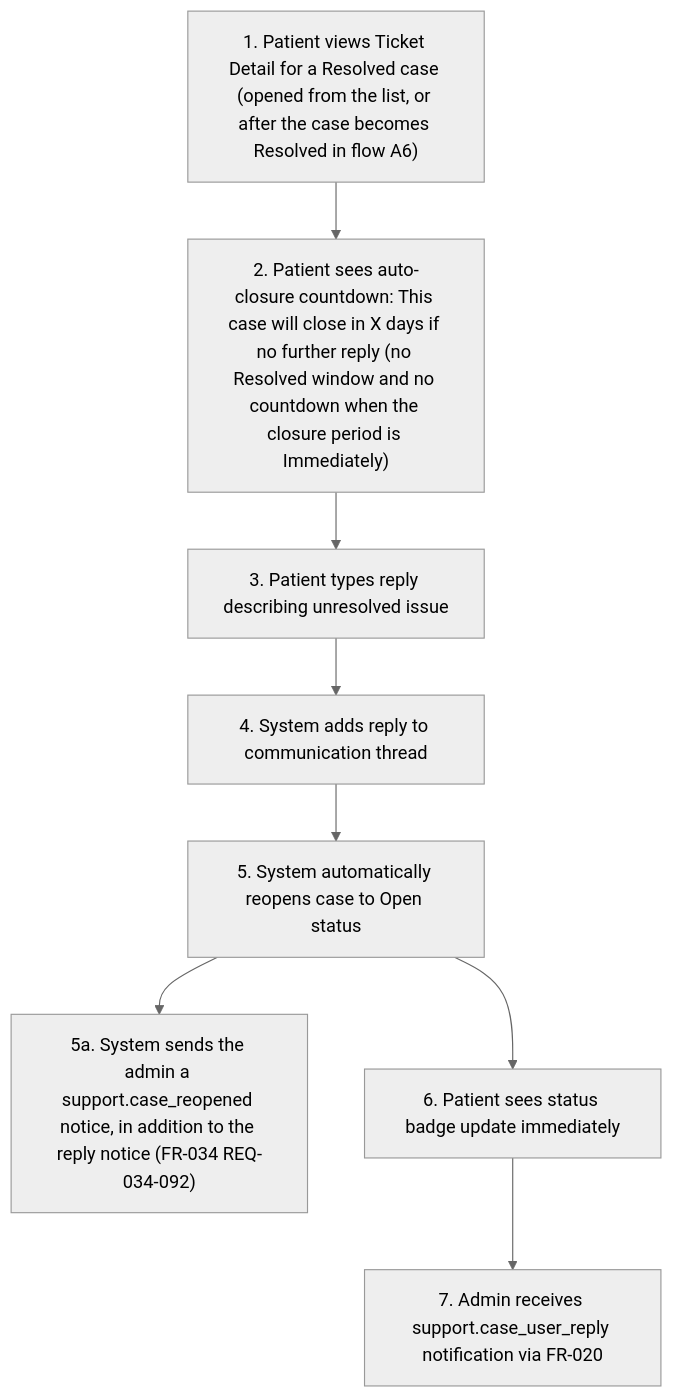
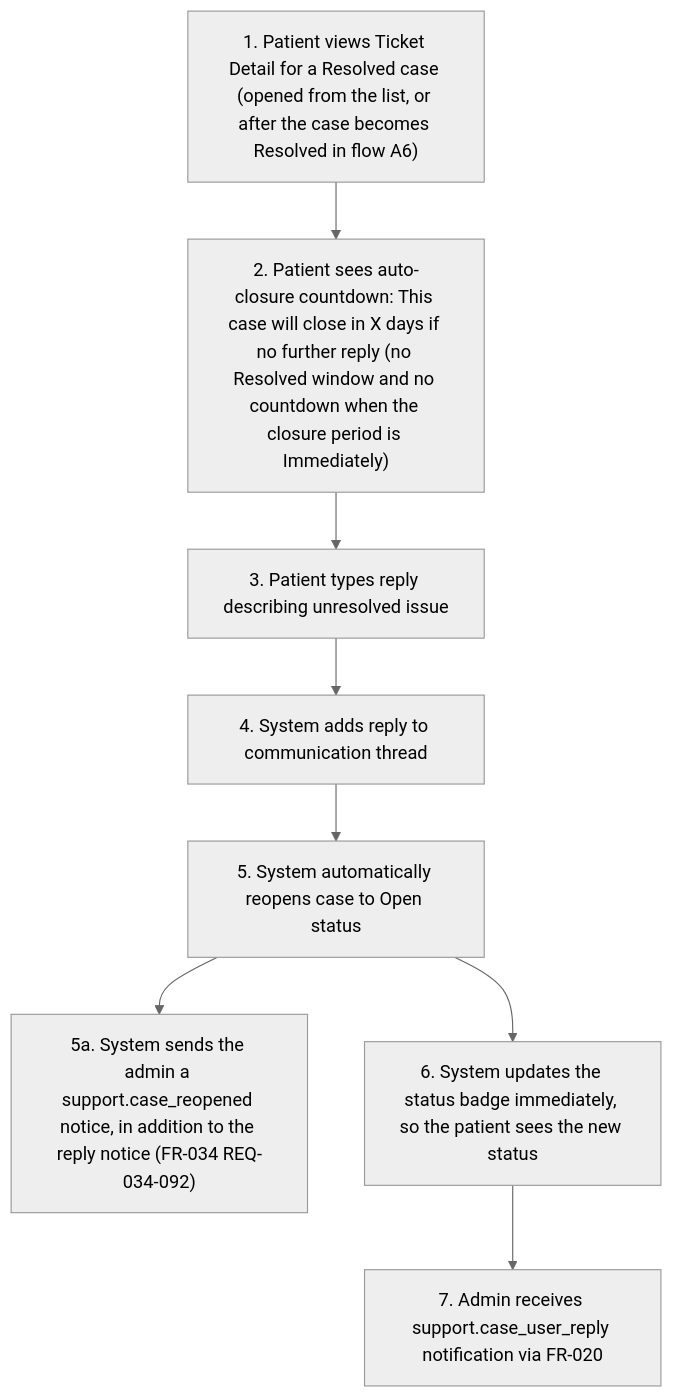
One commit to joachimtrungtuan/hairline-pm-docs changed the sixth of 10 diagrams in project-requirements/functional-requirements/fr035-patient-help-support/prd.md. Above: the diagram before and after it, drawn with Mermaid (neutral theme). The commit also changed other lines of this file and 3 other files, not shown here.

````diff
--- a/project-requirements/functional-requirements/fr035-patient-help-support/prd.md
+++ b/project-requirements/functional-requirements/fr035-patient-help-support/prd.md
@@ -191,10 +191,10 @@
 ```mermaid
 flowchart TD
     A5S1["1. Patient views Ticket Detail for a Resolved case (opened from the list, or after the case becomes Resolved in flow A6)"] --> A5S2["2. Patient sees auto-closure countdown: This case will close in X days if no further reply (no Resolved window and no countdown when the closure period is Immediately)"]
     A5S2 --> A5S3["3. Patient types reply describing unresolved issue"]
     A5S3 --> A5S4["4. System adds reply to communication thread"]
     A5S4 --> A5S5["5. System automatically reopens case to Open status"]
     A5S5 --> A5S5a["5a. System sends the admin a support.case_reopened notice, in addition to the reply notice (FR-034 REQ-034-092)"]
-    A5S5 --> A5S6["6. Patient sees status badge update immediately"]
+    A5S5 --> A5S6["6. System updates the status badge immediately, so the patient sees the new status"]
     A5S6 --> A5S7["7. Admin receives support.case_user_reply notification via FR-020"]
 ```
````
